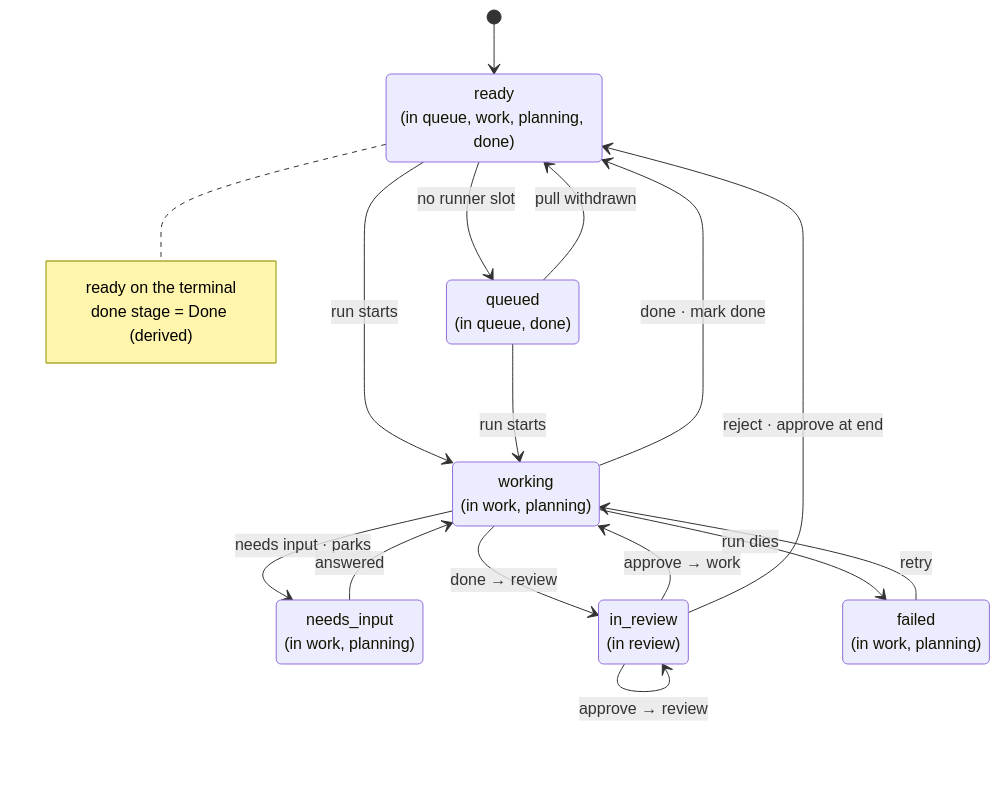
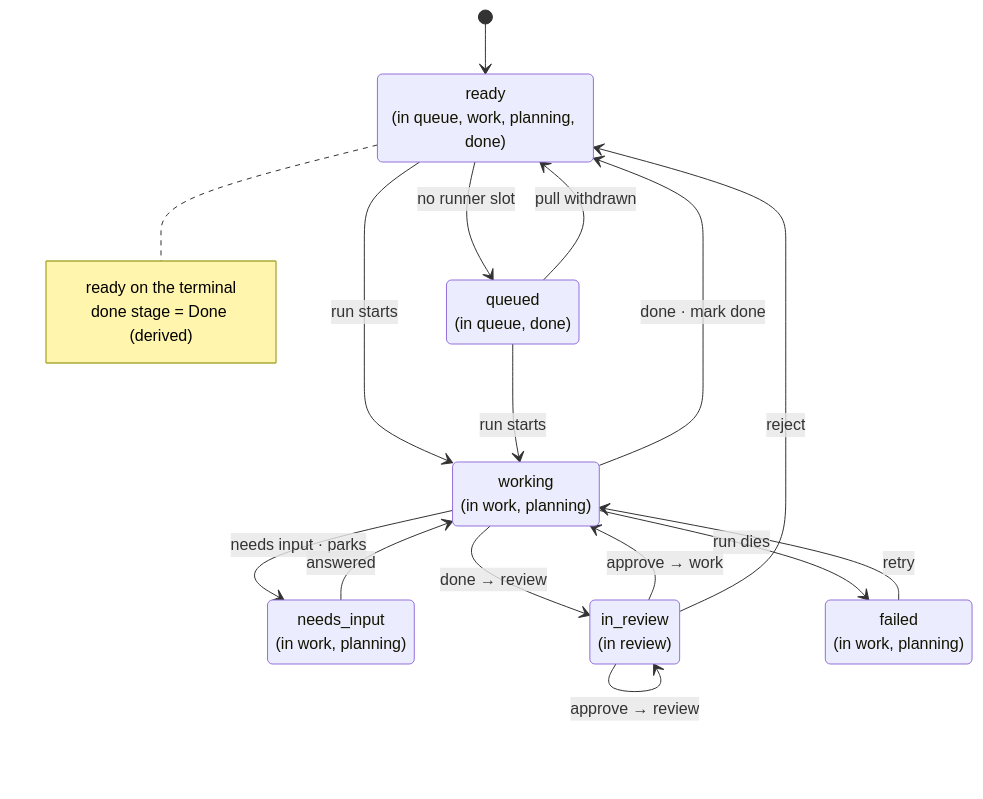
Before and after one commit to jeremylightsmith/relay: the first of 3 diagrams in docs/architecture/state.md, drawn with Mermaid. The commit also changed other lines of this file and 25 other files, not shown here.

First line of the commit message:
RE492 Approving at the last review gate leaves a ready card in a review stage

````diff
--- a/docs/architecture/state.md
+++ b/docs/architecture/state.md
@@ -116,33 +115,33 @@
 ```mermaid
 stateDiagram-v2
     direction TB
     state "ready<br/>(in queue, work, planning, done)" as ready
     state "queued<br/>(in queue, done)" as queued
     state "working<br/>(in work, planning)" as working
     state "needs_input<br/>(in work, planning)" as needs_input
     state "in_review<br/>(in review)" as in_review
     state "failed<br/>(in work, planning)" as failed
 
     [*] --> ready
 
     ready --> queued: no runner slot
     queued --> ready: pull withdrawn
     ready --> working: run starts
     queued --> working: run starts
 
     working --> needs_input: needs input · parks
     working --> failed: run dies
     working --> in_review: done → review
     working --> ready: done · mark done
 
     needs_input --> working: answered
     failed --> working: retry
     in_review --> working: approve → work
     in_review --> in_review: approve → review
-    in_review --> ready: reject · approve at end
+    in_review --> ready: reject
 
     note right of ready
         ready on the terminal
         done stage = Done (derived)
     end note
 ```
````
